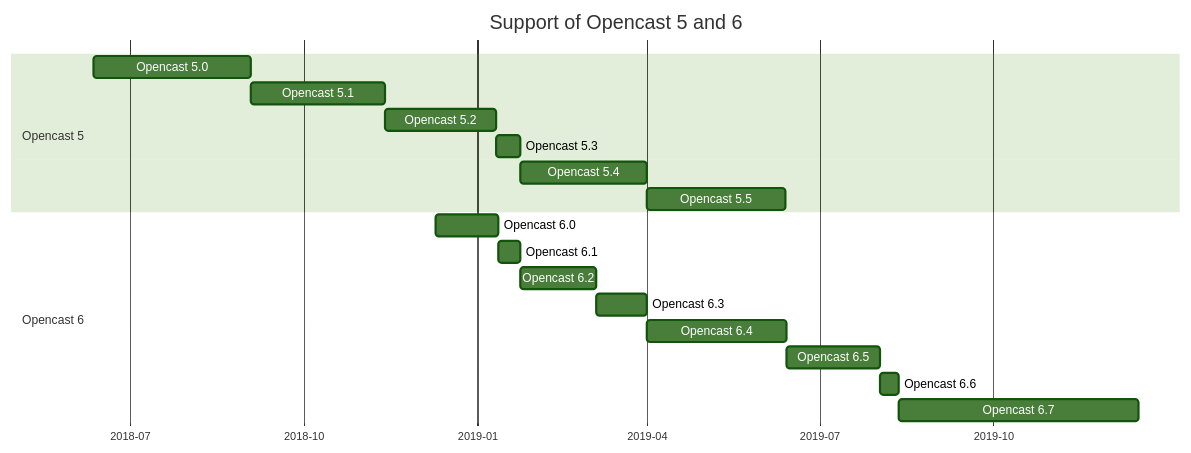
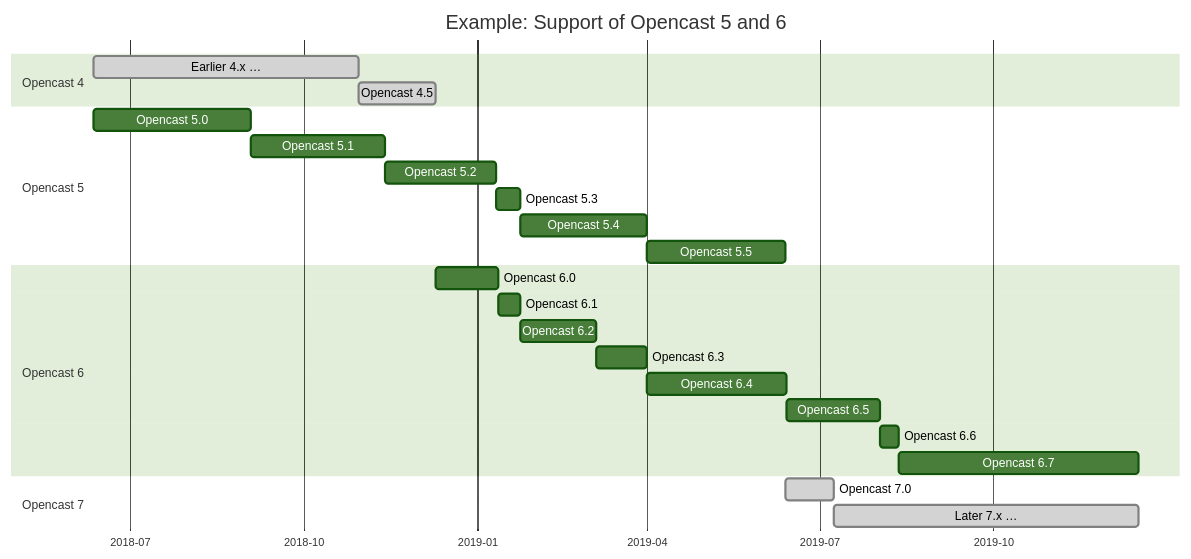
Before and after one commit to opencast/opencast: the diagram in docs/guides/admin/docs/version-support.md, drawn with Mermaid (forest theme).

Commit message:
More context for graph about supported version
This patch partly adds the previous and next version the chart
explaining the supported Opencast versions to provide a little bit more
context.

````diff
--- a/docs/guides/admin/docs/version-support.md
+++ b/docs/guides/admin/docs/version-support.md
@@ -12,24 +12,32 @@
 ```mermaid
 gantt
-    title Support of Opencast 5 and 6
+    title Example: Support of Opencast 5 and 6
     dateFormat  YYYY-MM-DD
     axisFormat  %Y-%m
+
+    section Opencast 4
+    Earlier 4.x …    :done, 2018-06-12, 2018-10-30
+    Opencast 4.5     :done, 2018-12-10
 
     section Opencast 5
     Opencast 5.0     :2018-06-12, 2018-09-03
     Opencast 5.1     :2018-11-13
     Opencast 5.2     :2019-01-11
     Opencast 5.3     :2019-01-24
     Opencast 5.4     :2019-04-01
     Opencast 5.5     :2019-06-13
 
     section Opencast 6
     Opencast 6.0     :2018-12-10, 2019-01-12
     Opencast 6.1     :2019-01-24
     Opencast 6.2     :2019-03-05
     Opencast 6.3     :2019-04-01
     Opencast 6.4     :2019-06-14
     Opencast 6.5     :2019-08-02
     Opencast 6.6     :2019-08-12
     Opencast 6.7     :2019-12-17
+
+    section Opencast 7
+    Opencast 7.0     :done, 2019-06-13, 2019-07-09
+    Later 7.x …      :done, 2019-12-17
 ```
````
